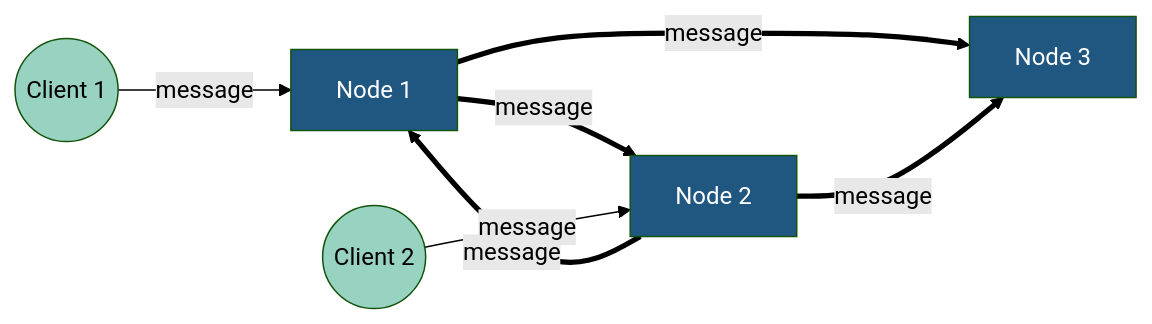
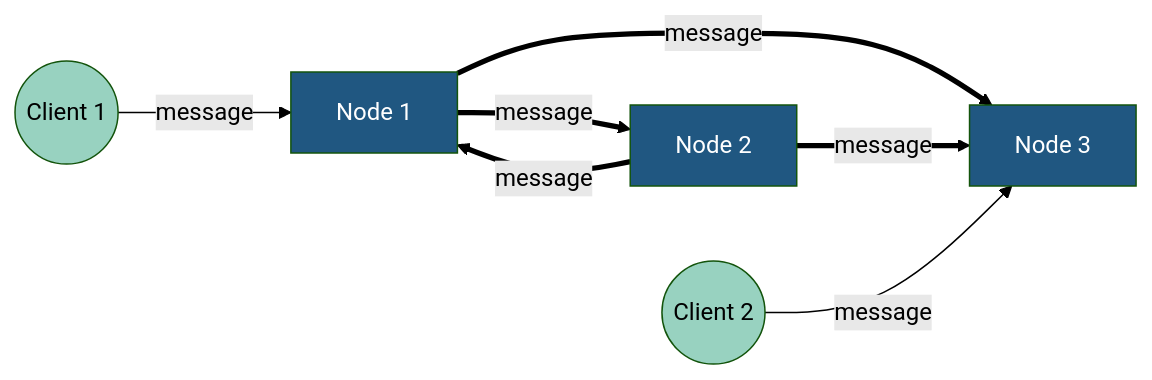
The second of 2 diagrams in README.md (niklas-enns/message-broker), drawn with Mermaid (forest theme) before and after one commit.

Commit message:
reformat table

````diff
--- a/README.md
+++ b/README.md
@@ -84,17 +84,17 @@
 ```mermaid
 graph LR;
     N1[Node 1]==>|message|N2[Node 2]
     N1==>|message|N3[Node 3]
     N2==>|message|N1
     N2==>|message|N3
     
     C1((Client 1))-->|message|N1;
-    C2((Client 2))-->|message|N2;
+    C2((Client 2))-->|message|N3;
     
     classDef c1 fill:#205781,color:white;
     classDef c2 fill:#4F959D,color:white;
     classDef c3 fill:#98D2C0;
     classDef c4 fill:#F6F8D5;
     class N1,N2,N3 c1
     class C1,C2,C3,C4 c3
 ```
````
